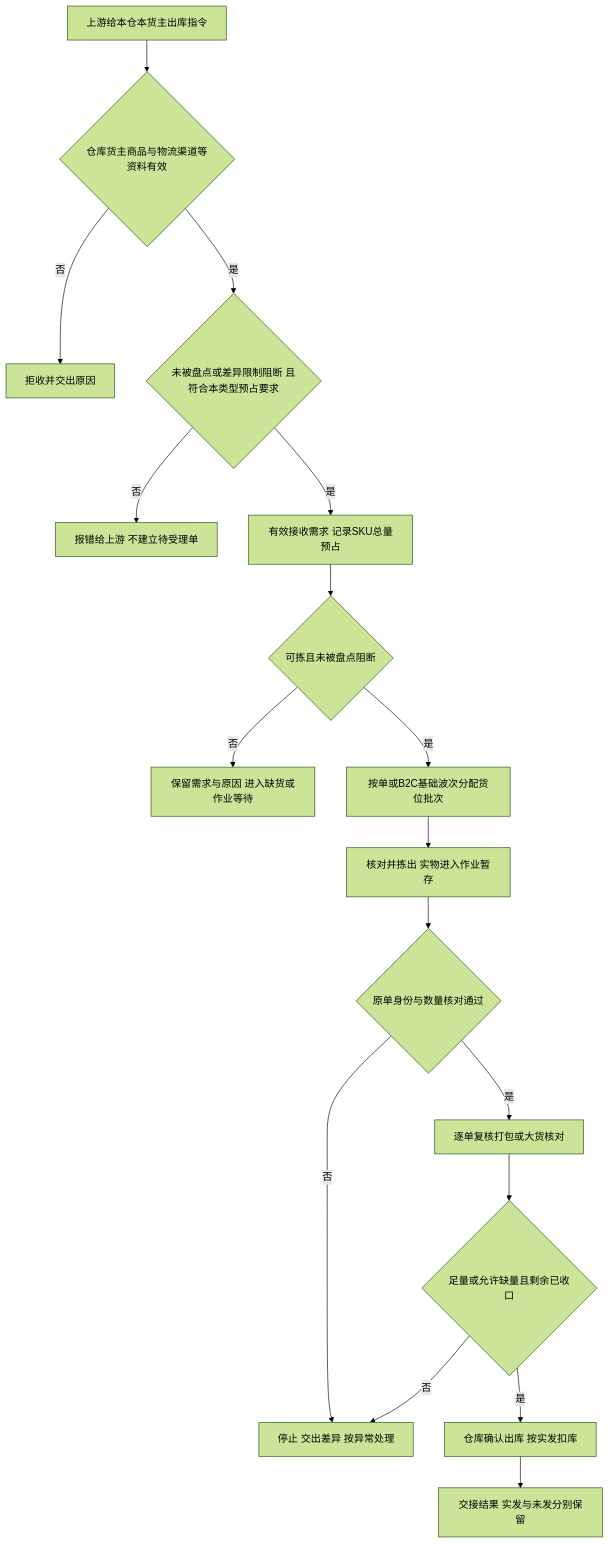
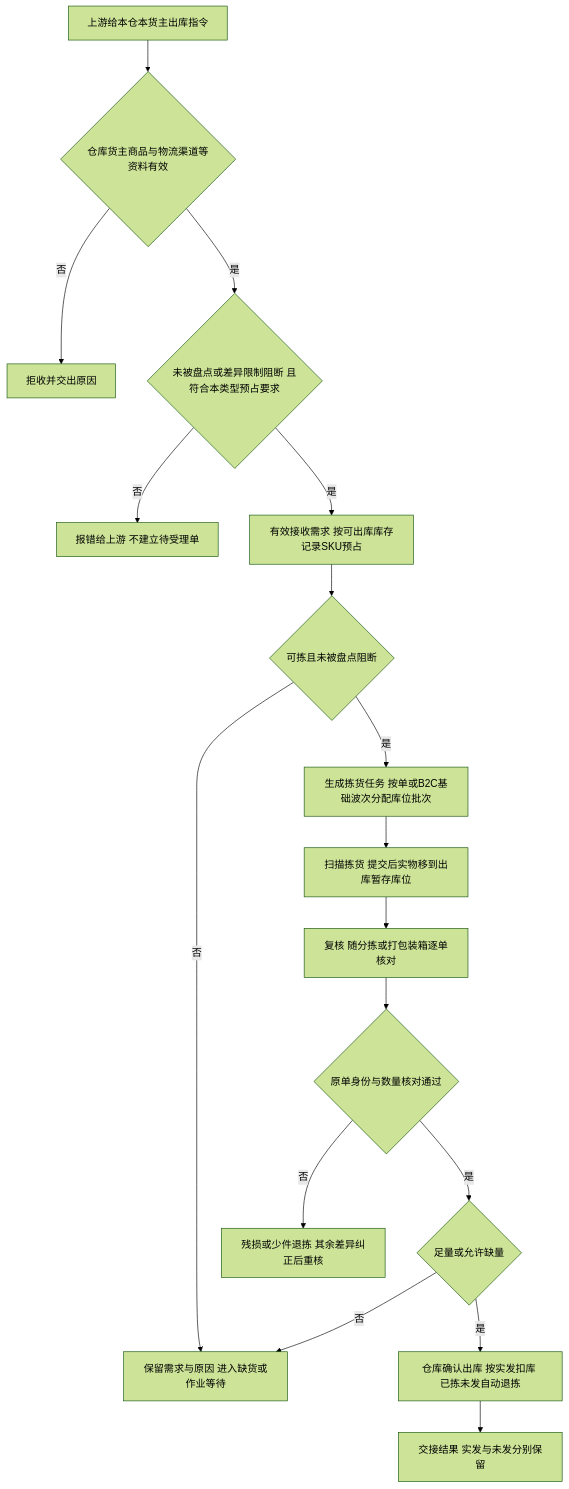
The diagram in 04-业务分析和设计/03-出库业务设计.md (TopVitamin/QS-WMS-Project), drawn with Mermaid (forest theme) before and after one commit. The commit also changed other lines of this file and 151 other files, not shown here.

````diff
--- a/04-业务分析和设计/03-出库业务设计.md
+++ b/04-业务分析和设计/03-出库业务设计.md
@@ -94,19 +96,19 @@
 ```mermaid
 flowchart TD
     A[上游给本仓本货主出库指令] --> B{仓库货主商品与物流渠道等资料有效}
     B -->|否| C[拒收并交出原因]
     B -->|是| D{未被盘点或差异限制阻断 且符合本类型预占要求}
     D -->|否| R[报错给上游 不建立待受理单]
-    D -->|是| S[有效接收需求 记录SKU总量预占]
+    D -->|是| S[有效接收需求 按可出库库存记录SKU预占]
     S --> E{可拣且未被盘点阻断}
     E -->|否| F[保留需求与原因 进入缺货或作业等待]
-    E -->|是| G[按单或B2C基础波次分配货位批次]
-    G --> H[核对并拣出 实物进入作业暂存]
-    H --> I{原单身份与数量核对通过}
-    I -->|否| J[停止 交出差异 按异常处理]
-    I -->|是| K[逐单复核打包或大货核对]
-    K --> L{足量或允许缺量且剩余已收口}
-    L -->|否| J
-    L -->|是| M[仓库确认出库 按实发扣库]
+    E -->|是| G[生成拣货任务 按单或B2C基础波次分配库位批次]
+    G --> H[扫描拣货 提交后实物移到出库暂存库位]
+    H --> K[复核 随分拣或打包装箱逐单核对]
+    K --> I{原单身份与数量核对通过}
+    I -->|否| J[残损或少件退拣 其余差异纠正后重核]
+    I -->|是| L{足量或允许缺量}
+    L -->|否| F
+    L -->|是| M[仓库确认出库 按实发扣库 已拣未发自动退拣]
     M --> N[交接结果 实发与未发分别保留]
 ```
````
